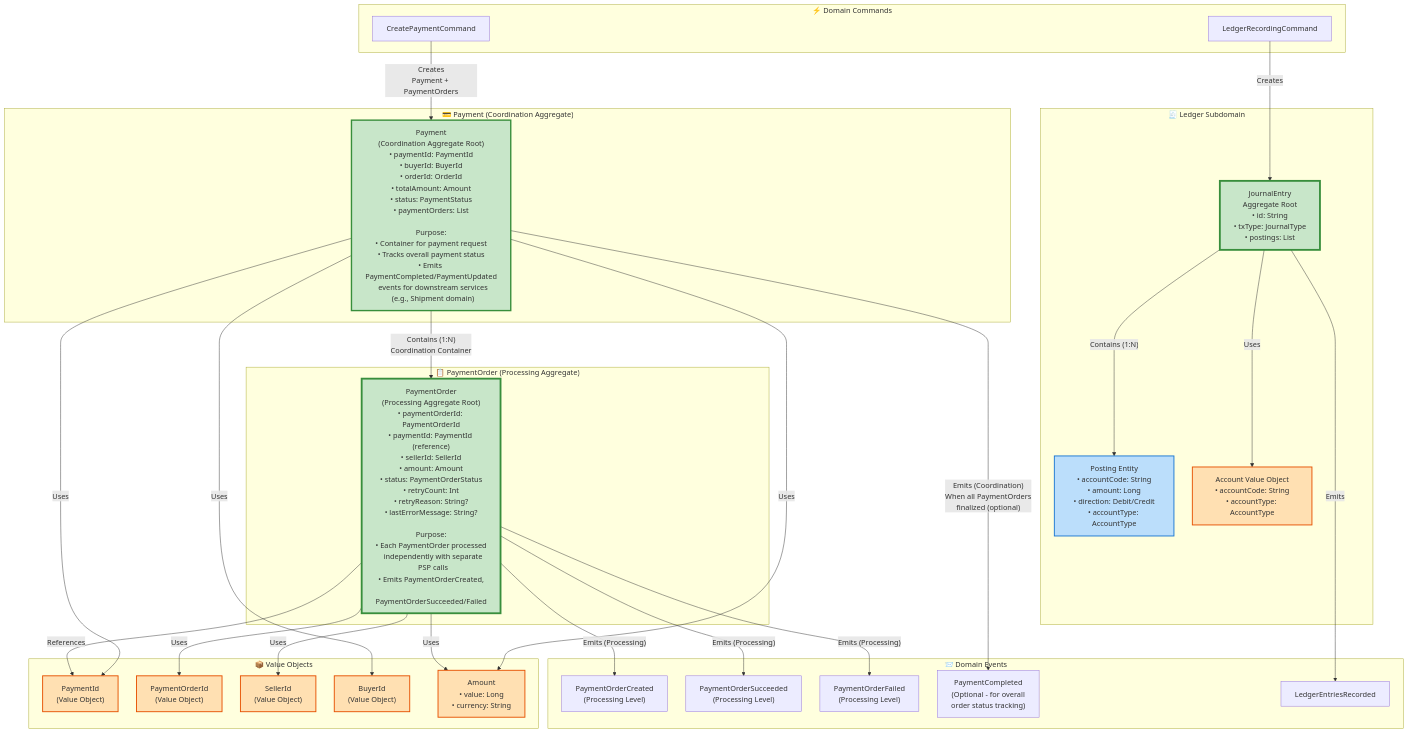
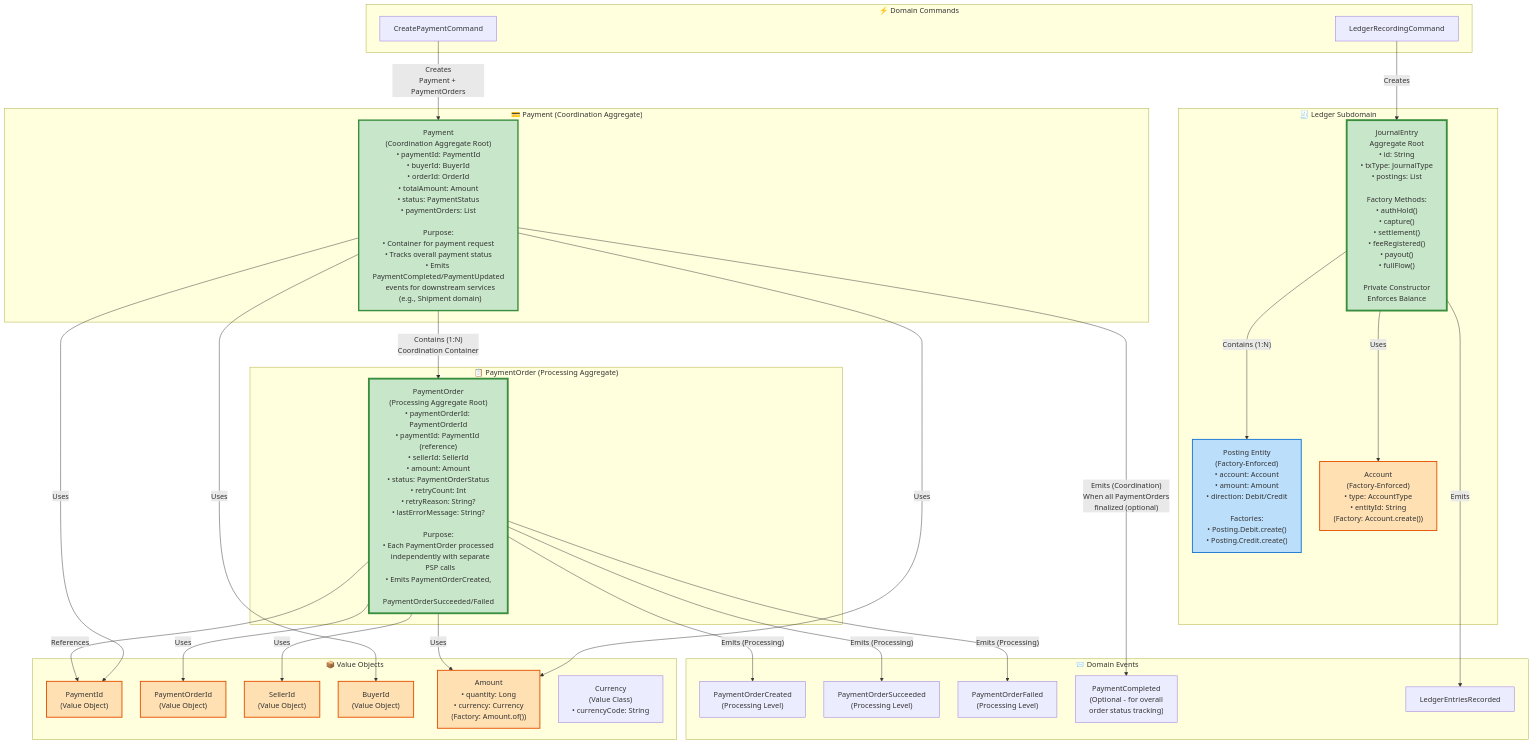
The third of 8 diagrams in docs/architecture-internal-reader.md (dcaglar/ecommerce-platform-kotlin), drawn with Mermaid before and after one commit. The commit also changed other lines of this file and 43 other files, not shown here.

````diff
--- a/docs/architecture-internal-reader.md
+++ b/docs/architecture-internal-reader.md
@@ -154,76 +154,78 @@
 ```mermaid
 %%{init:{'theme':'default','flowchart':{'nodeSpacing':40,'rankSpacing':50}}}%%
 flowchart TB
     classDef aggregate fill:#4CAF50,stroke:#2E7D32,stroke-width:4px;
     classDef entity fill:#2196F3,stroke:#1565C0,stroke-width:2px;
     classDef vo fill:#FF9800,stroke:#E65100,stroke-width:2px;
     classDef event fill:#9C27B0,stroke:#6A1B9A,stroke-width:2px;
     classDef command fill:#00BCD4,stroke:#00838F,stroke-width:2px;
     classDef service fill:#795548,stroke:#5D4037,stroke-width:2px;
 
     subgraph Payment_Coordination["💳 Payment (Coordination Aggregate)"]
         Payment_Agg["Payment<br/>(Coordination Aggregate Root)<br/>• paymentId: PaymentId<br/>• buyerId: BuyerId<br/>• orderId: OrderId<br/>• totalAmount: Amount<br/>• status: PaymentStatus<br/>• paymentOrders: List<PaymentOrder><br/><br/>Purpose:<br/>• Container for payment request<br/>• Tracks overall payment status<br/>• Emits PaymentCompleted/PaymentUpdated<br/>  events for downstream services<br/>  (e.g., Shipment domain)"]
     end
 
     subgraph PaymentOrder_Processing["📋 PaymentOrder (Processing Aggregate)"]
         PaymentOrder_Agg["PaymentOrder<br/>(Processing Aggregate Root)<br/>• paymentOrderId: PaymentOrderId<br/>• paymentId: PaymentId (reference)<br/>• sellerId: SellerId<br/>• amount: Amount<br/>• status: PaymentOrderStatus<br/>• retryCount: Int<br/>• retryReason: String?<br/>• lastErrorMessage: String?<br/><br/>Purpose:<br/>• Each PaymentOrder processed<br/>  independently with separate<br/>  PSP calls<br/>• Emits PaymentOrderCreated,<br/>  PaymentOrderSucceeded/Failed"]
     end
 
     subgraph Ledger_Subdomain["🧾 Ledger Subdomain"]
-        JournalEntry_Agg["JournalEntry<br/>Aggregate Root<br/>• id: String<br/>• txType: JournalType<br/>• postings: List<Posting>"]
-        Posting_Entity["Posting Entity<br/>• accountCode: String<br/>• amount: Long<br/>• direction: Debit/Credit<br/>• accountType: AccountType"]
-        Account_VO["Account Value Object<br/>• accountCode: String<br/>• accountType: AccountType"]
+        JournalEntry_Agg["JournalEntry<br/>Aggregate Root<br/>• id: String<br/>• txType: JournalType<br/>• postings: List<Posting><br/><br/>Factory Methods:<br/>• authHold()<br/>• capture()<br/>• settlement()<br/>• feeRegistered()<br/>• payout()<br/>• fullFlow()<br/><br/>Private Constructor<br/>Enforces Balance"]
+        Posting_Entity["Posting Entity<br/>(Factory-Enforced)<br/>• account: Account<br/>• amount: Amount<br/>• direction: Debit/Credit<br/><br/>Factories:<br/>• Posting.Debit.create()<br/>• Posting.Credit.create()"]
+        Account_VO["Account Value Object<br/>(Factory-Enforced)<br/>• accountCode: String<br/>• type: AccountType<br/>• entityId: String<br/><br/>Factory:<br/>• Account.create(type, entityId)"]
     end
 
     subgraph Value_Objects["📦 Value Objects"]
         PaymentId_VO["PaymentId<br/>(Value Object)"]
         PaymentOrderId_VO["PaymentOrderId<br/>(Value Object)"]
         SellerId_VO["SellerId<br/>(Value Object)"]
         BuyerId_VO["BuyerId<br/>(Value Object)"]
-        Amount_VO["Amount<br/>• value: Long<br/>• currency: String"]
+        Amount_VO["Amount<br/>• quantity: Long<br/>• currency: Currency<br/>(Factory: Amount.of())"]
+        Currency_VO["Currency<br/>(Value Class)<br/>• currencyCode: String"]
+        Account_VO["Account<br/>(Factory-Enforced)<br/>• type: AccountType<br/>• entityId: String<br/>(Factory: Account.create())"]
     end
 
     subgraph Domain_Events["📨 Domain Events"]
         PaymentCreated_Event["PaymentOrderCreated<br/>(Processing Level)"]
         PaymentSucceeded_Event["PaymentOrderSucceeded<br/>(Processing Level)"]
         PaymentFailed_Event["PaymentOrderFailed<br/>(Processing Level)"]
         PaymentCompleted_Event["PaymentCompleted<br/>(Optional Coordination Level)<br/>Emitted when all<br/>PaymentOrders finalized<br/>(for overall order tracking)"]
         LedgerRecorded_Event["LedgerEntriesRecorded"]
     end
 
     subgraph Domain_Commands["⚡ Domain Commands"]
         CreatePayment_Cmd["CreatePaymentCommand"]
         LedgerRecording_Cmd["LedgerRecordingCommand"]
     end
 
     Payment_Agg -->|"Contains (1:N)<br/>Coordination Container"| PaymentOrder_Agg
     Payment_Agg -->|"Uses"| PaymentId_VO
     Payment_Agg -->|"Uses"| BuyerId_VO
     Payment_Agg -->|"Uses"| Amount_VO
     PaymentOrder_Agg -->|"References"| PaymentId_VO
     PaymentOrder_Agg -->|"Uses"| PaymentOrderId_VO
     PaymentOrder_Agg -->|"Uses"| SellerId_VO
     PaymentOrder_Agg -->|"Uses"| Amount_VO
     PaymentOrder_Agg -->|"Emits (Processing)"| PaymentCreated_Event
     PaymentOrder_Agg -->|"Emits (Processing)"| PaymentSucceeded_Event
     PaymentOrder_Agg -->|"Emits (Processing)"| PaymentFailed_Event
     Payment_Agg -->|"Emits (Coordination)<br/>When all PaymentOrders<br/>finalized (optional)"| PaymentCompleted_Event["PaymentCompleted<br/>(Optional - for overall<br/>order status tracking)"]
 
     JournalEntry_Agg -->|"Contains (1:N)"| Posting_Entity
     JournalEntry_Agg -->|"Uses"| Account_VO
     JournalEntry_Agg -->|"Emits"| LedgerRecorded_Event
 
     CreatePayment_Cmd -->|"Creates<br/>Payment + PaymentOrders"| Payment_Agg
     LedgerRecording_Cmd -->|"Creates"| JournalEntry_Agg
 
     style Payment_Agg fill:#C8E6C9,stroke:#388E3C,stroke-width:3px
     style PaymentOrder_Agg fill:#C8E6C9,stroke:#388E3C,stroke-width:4px
     style JournalEntry_Agg fill:#C8E6C9,stroke:#388E3C,stroke-width:4px
     style Posting_Entity fill:#BBDEFB,stroke:#1976D2,stroke-width:2px
     style PaymentId_VO fill:#FFE0B2,stroke:#E65100,stroke-width:2px
     style PaymentOrderId_VO fill:#FFE0B2,stroke:#E65100,stroke-width:2px
     style SellerId_VO fill:#FFE0B2,stroke:#E65100,stroke-width:2px
     style BuyerId_VO fill:#FFE0B2,stroke:#E65100,stroke-width:2px
     style Amount_VO fill:#FFE0B2,stroke:#E65100,stroke-width:2px
     style Account_VO fill:#FFE0B2,stroke:#E65100,stroke-width:2px
 ```
````
